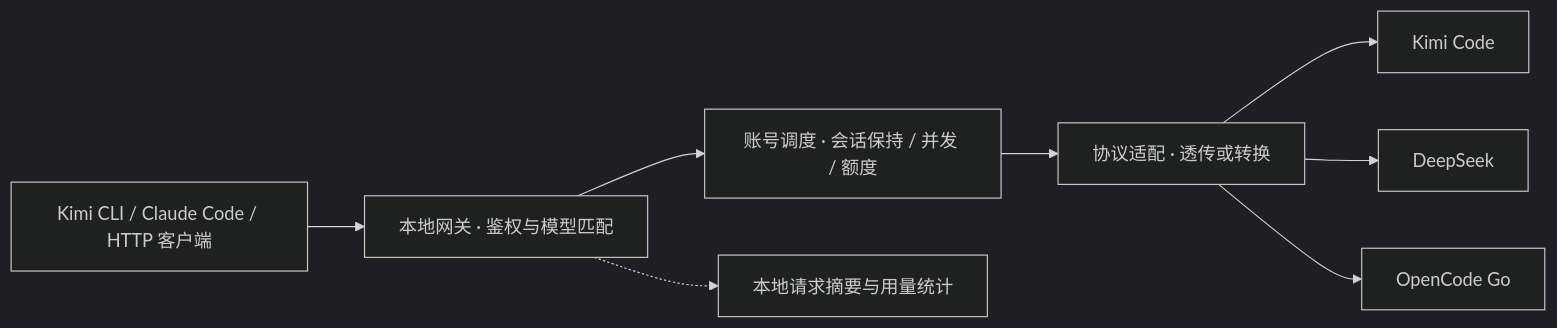
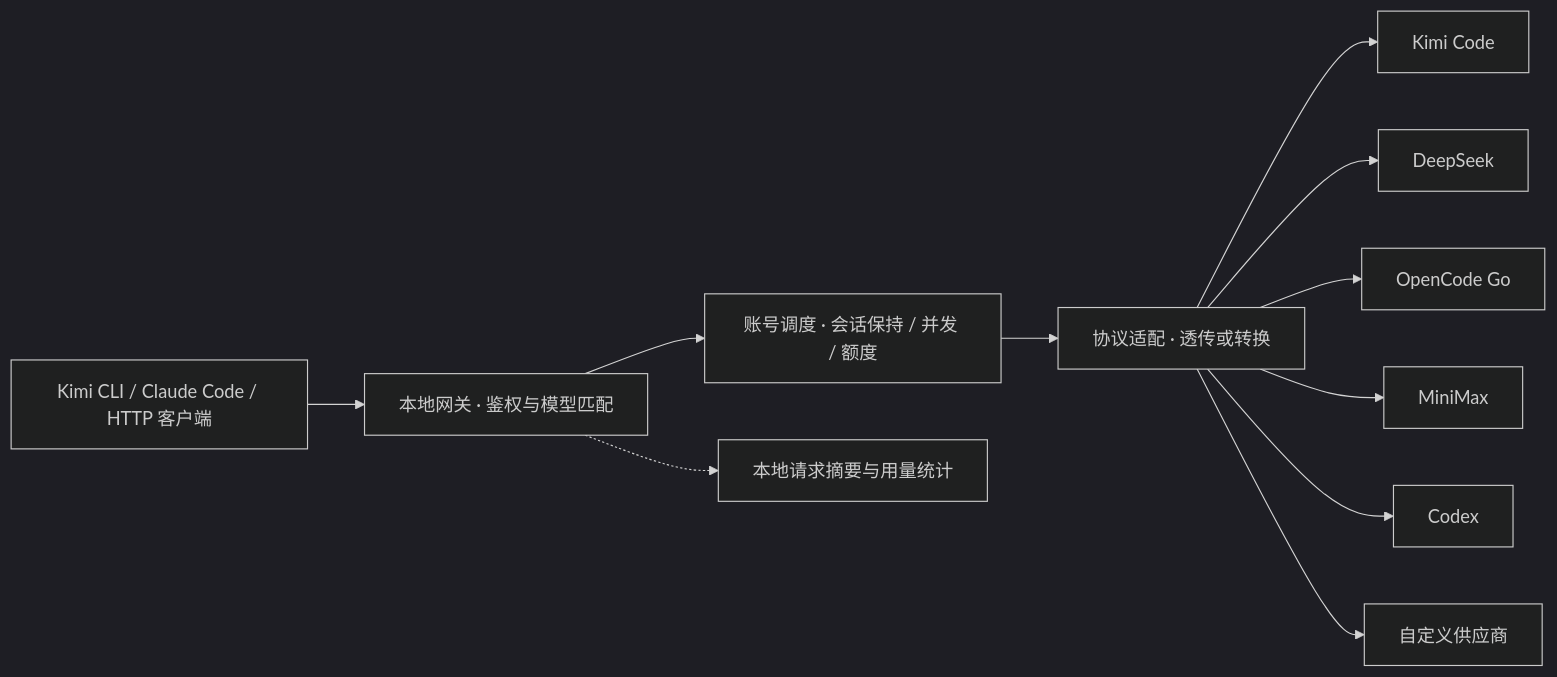
The diagram in README.md (DuskLin/navo), drawn with Mermaid (dark theme) before and after one commit. The commit also changed other lines of this file and 2 other files, not shown here.

Commit message:
docs: 更新 README 功能说明并添加统一网关首图

````diff
--- a/README.md
+++ b/README.md
@@ -282,10 +298,13 @@
 ```mermaid
 flowchart LR
     A["Kimi CLI / Claude Code / HTTP 客户端"] --> B["本地网关 · 鉴权与模型匹配"]
     B --> C["账号调度 · 会话保持 / 并发 / 额度"]
     C --> D["协议适配 · 透传或转换"]
     D --> E["Kimi Code"]
     D --> F["DeepSeek"]
     D --> G["OpenCode Go"]
+    D --> I["MiniMax"]
+    D --> J["Codex"]
+    D --> K["自定义供应商"]
     B -.-> H["本地请求摘要与用量统计"]
 ```
````
